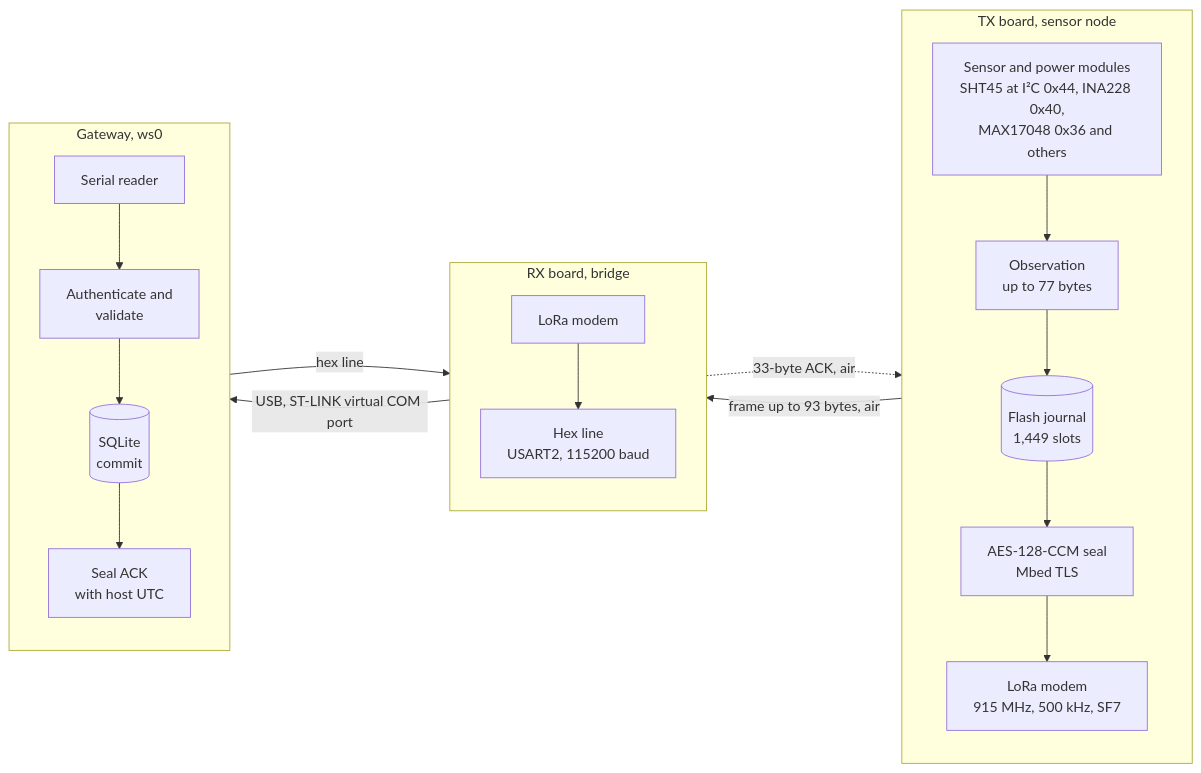
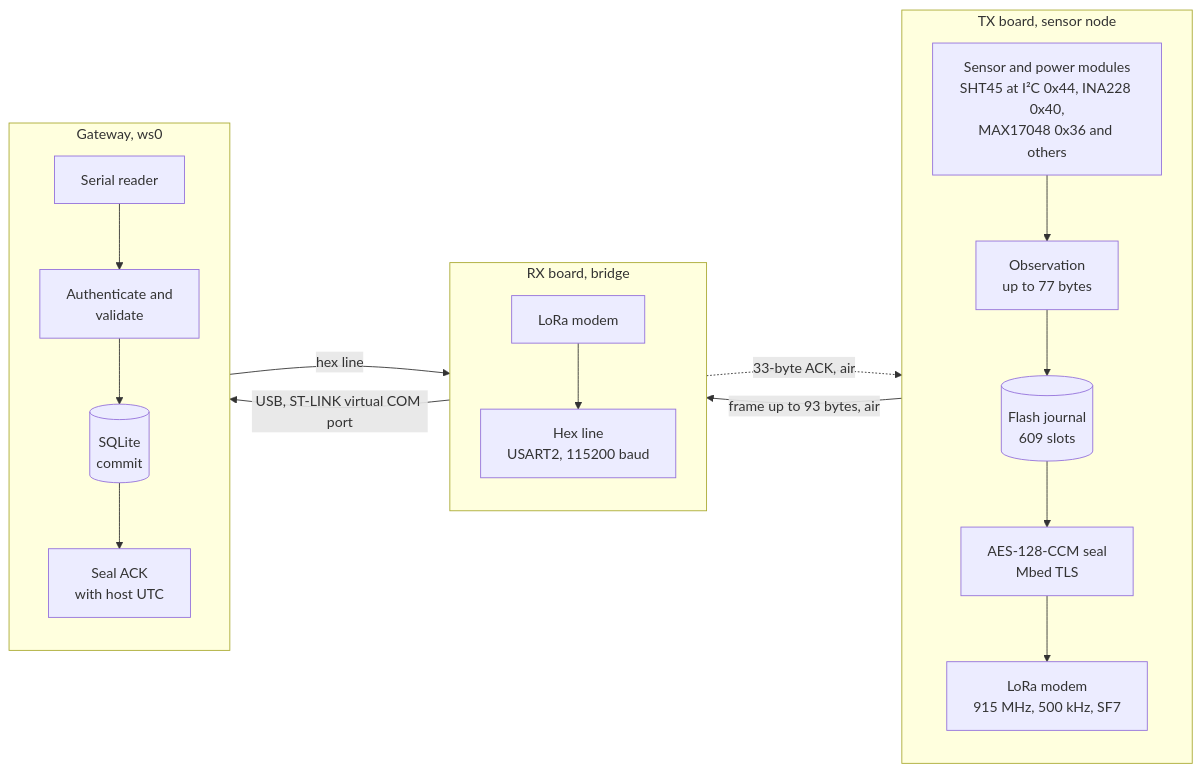
The first of 22 diagrams in docs/protocol-stack.md (clintecker/weather-station-2026), drawn with Mermaid before and after one commit. The commit also changed other lines of this file and 26 other files, not shown here.

Commit message:
flash: 190 KB firmware, 30-page journal (about 10 h) until H11 moves the journal off-chip

````diff
--- a/docs/protocol-stack.md
+++ b/docs/protocol-stack.md
@@ -36,24 +36,24 @@
 ```mermaid
 flowchart LR
   subgraph TX["TX board, sensor node"]
     direction TB
     S["Sensor and power modules<br/>SHT45 at I²C 0x44, INA228 0x40,<br/>MAX17048 0x36 and others"] --> M["Observation<br/>up to 77 bytes"]
-    M --> J[("Flash journal<br/>1,449 slots")]
+    M --> J[("Flash journal<br/>609 slots")]
     J --> E["AES-128-CCM seal<br/>Mbed TLS"]
     E --> R1["LoRa modem<br/>915 MHz, 500 kHz, SF7"]
   end
   subgraph RX["RX board, bridge"]
     direction TB
     R2["LoRa modem"] --> H["Hex line<br/>USART2, 115200 baud"]
   end
   subgraph HOST["Gateway, ws0"]
     direction TB
     U["Serial reader"] --> V["Authenticate and<br/>validate"]
     V --> D[("SQLite<br/>commit")]
     D --> A["Seal ACK<br/>with host UTC"]
   end
   R1 -- "frame up to 93 bytes, air" --> R2
   H -- "USB, ST-LINK virtual COM port" --> U
   A -- "hex line" --> H
   R2 -. "33-byte ACK, air" .-> R1
 ```
````
